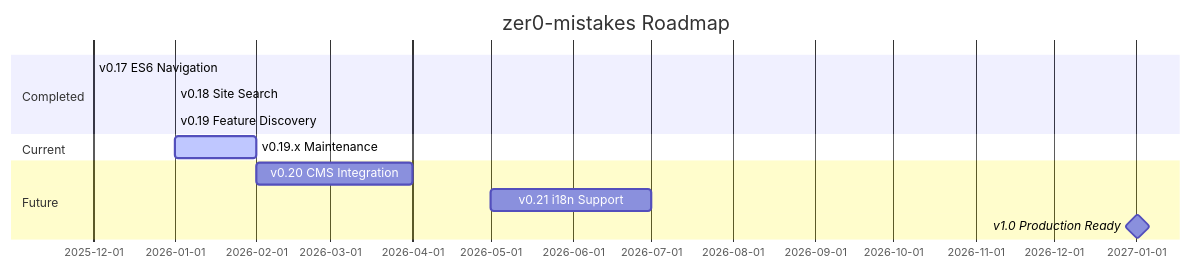
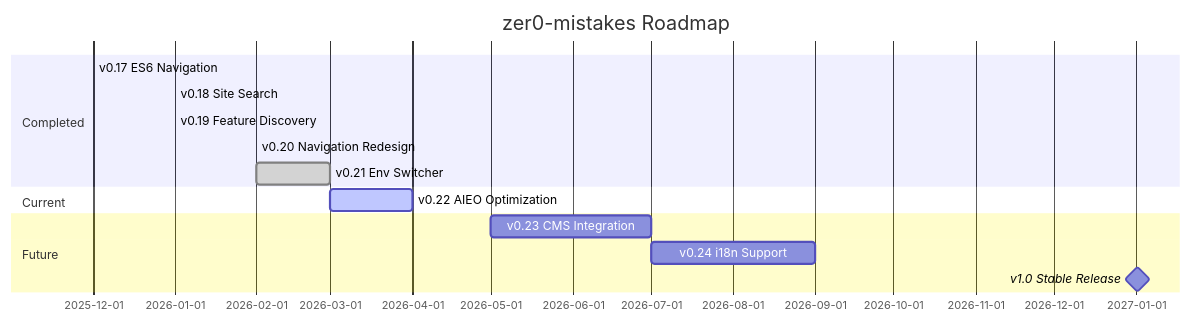
Before and after one commit to bamr87/zer0-CMS: diagram 12 of 13 in packages/zer0-mistakes/README.md, drawn with Mermaid. The commit also changed other lines of this file and 12 other files, not shown here.

First line of the commit message:
feat(aieo): add structured data, E-E-A-T signals, FAQ, glossary, and roadmap pages (bamr87/zer0-mistakes#38)

````diff
--- a/packages/zer0-mistakes/README.md
+++ b/packages/zer0-mistakes/README.md
@@ -648,15 +653,17 @@
 ```mermaid
 gantt
     title zer0-mistakes Roadmap
     dateFormat YYYY-MM
     section Completed
     v0.17 ES6 Navigation      :done, 2025-12, 2025-12
     v0.18 Site Search         :done, 2026-01, 2026-01
     v0.19 Feature Discovery   :done, 2026-01, 2026-01
+    v0.20 Navigation Redesign :done, 2026-02, 2026-02
+    v0.21 Env Switcher        :done, 2026-02, 2026-03
     section Current
-    v0.19.x Maintenance       :active, 2026-01, 2026-02
+    v0.22 AIEO Optimization   :active, 2026-03, 2026-04
     section Future
-    v0.20 CMS Integration     :2026-02, 2026-04
-    v0.21 i18n Support        :2026-05, 2026-07
-    v1.0 Production Ready     :milestone, 2027-01, 1d
+    v0.23 CMS Integration     :2026-05, 2026-07
+    v0.24 i18n Support        :2026-07, 2026-09
+    v1.0 Stable Release       :milestone, 2027-01, 1d
 ```
````
